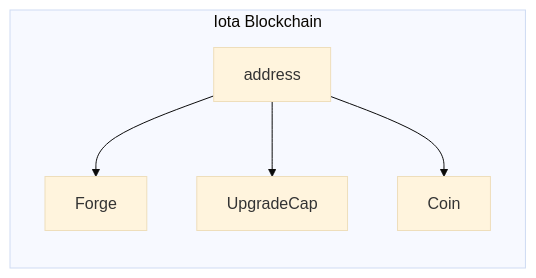
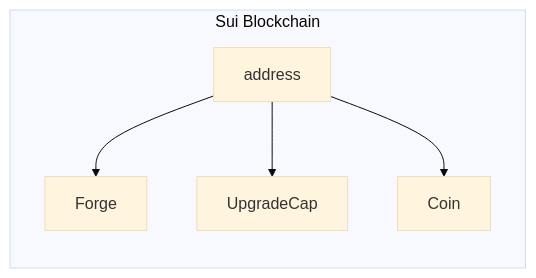
Before and after one commit to rafnixschaf/iota: the first of 2 diagrams in docs/content/guides/developer/first-app/publish.mdx, drawn with Mermaid (base theme). The commit also changed other lines of this file and 9877 other files, not shown here.

````diff
--- a/docs/content/guides/developer/first-app/publish.mdx
+++ b/docs/content/guides/developer/first-app/publish.mdx
@@ -70,10 +70,10 @@
 ```mermaid
 flowchart TB
 
-    subgraph Iota Blockchain
+    subgraph Sui Blockchain
         direction TB
         address --> Forge
 	address --> UpgradeCap
 	address --> Coin
     end
 ```
````
